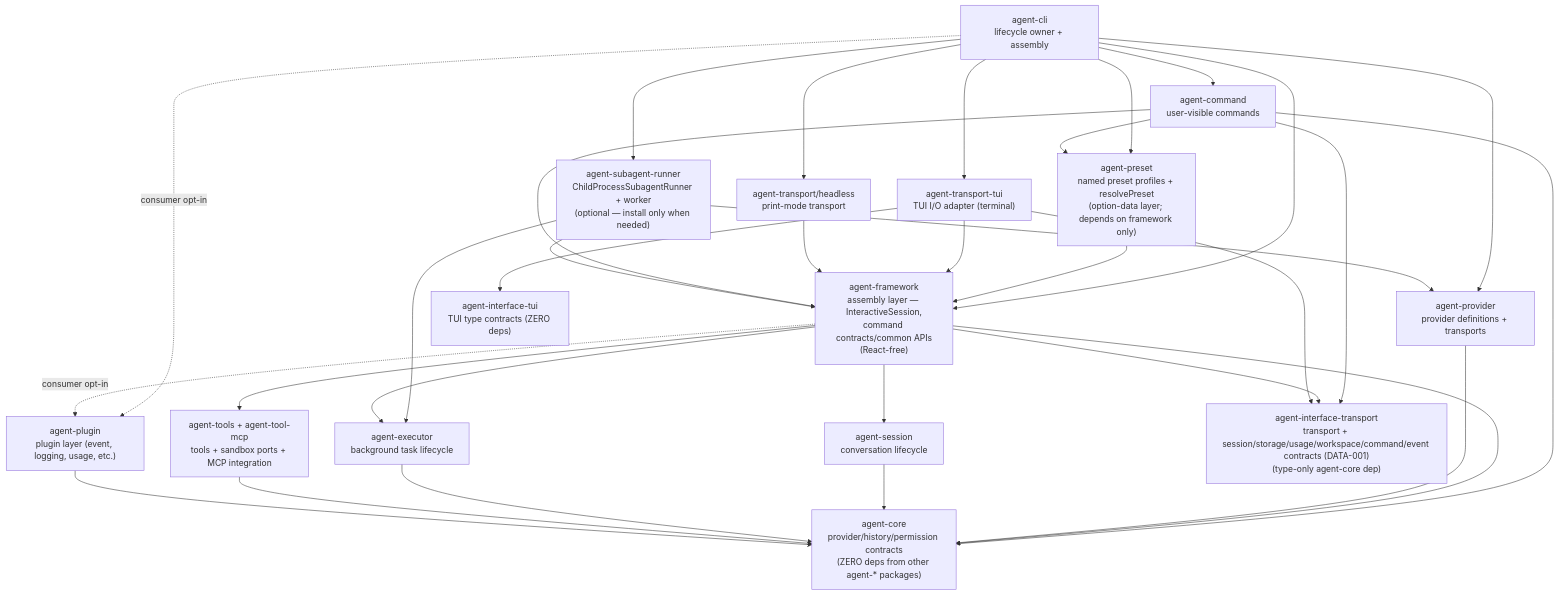
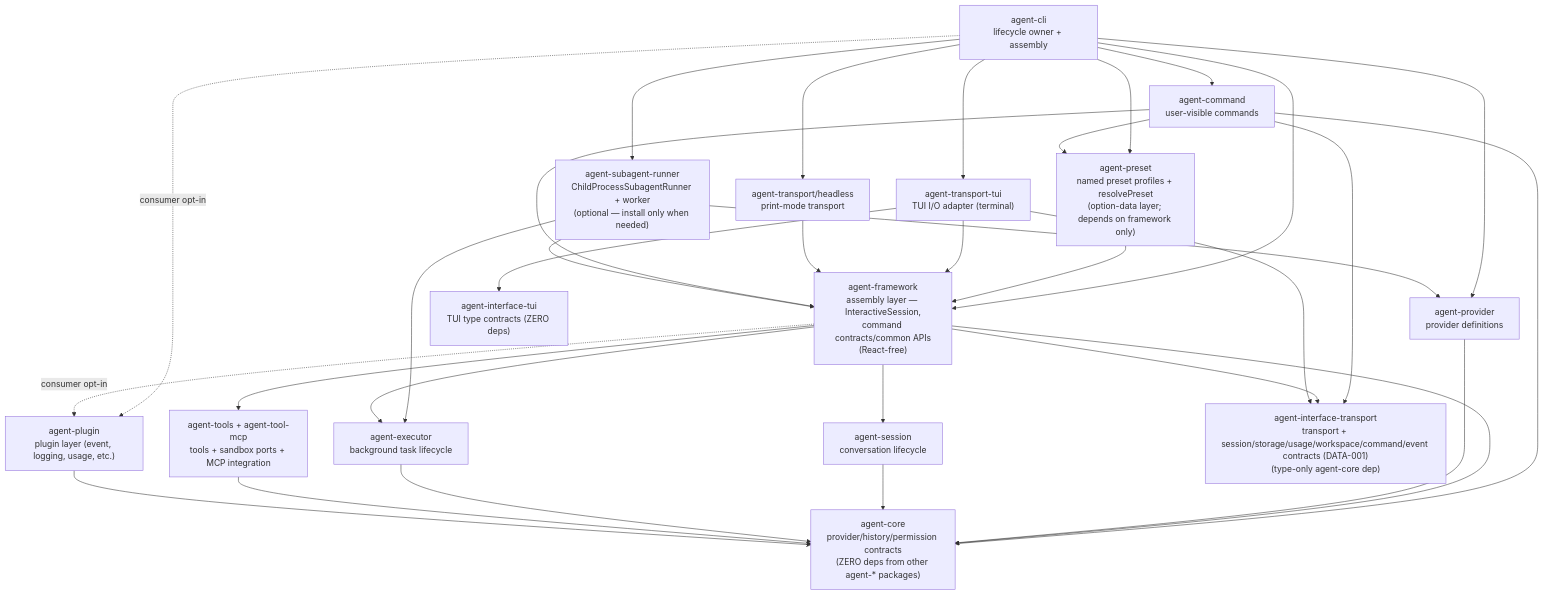
Before and after one commit to woojubb/robota: the first of 2 diagrams in .agents/specs/architecture-map/agent-system.md, drawn with Mermaid. The commit also changed other lines of this file and 22 other files, not shown here.

````diff
--- a/.agents/specs/architecture-map/agent-system.md
+++ b/.agents/specs/architecture-map/agent-system.md
@@ -9,50 +9,50 @@
 ```mermaid
 flowchart TD
   AgentCLI["agent-cli\nlifecycle owner + assembly"]
   TuiTransport["agent-transport-tui\nTUI I/O adapter (terminal)"]
   Headless["agent-transport/headless\nprint-mode transport"]
   Commands["agent-command\nuser-visible commands"]
   Framework["agent-framework\nassembly layer — InteractiveSession,\ncommand contracts/common APIs\n(React-free)"]
   Preset["agent-preset\nnamed preset profiles + resolvePreset\n(option-data layer; depends on framework only)"]
   Sessions["agent-session\nconversation lifecycle"]
   Executor["agent-executor\nbackground task lifecycle"]
   Tools["agent-tools + agent-tool-mcp\ntools + sandbox ports + MCP integration"]
   Core["agent-core\nprovider/history/permission contracts\n(ZERO deps from other agent-* packages)"]
-  Providers["agent-provider\nprovider definitions + transports"]
+  Providers["agent-provider\nprovider definitions"]
   SubagentRunner["agent-subagent-runner\nChildProcessSubagentRunner + worker\n(optional — install only when needed)"]
   Plugins["agent-plugin\nplugin layer (event, logging, usage, etc.)"]
   IfaceTransport["agent-interface-transport\ntransport + session/storage/usage/workspace/command/event contracts (DATA-001)\n(type-only agent-core dep)"]
   IfaceTui["agent-interface-tui\nTUI type contracts (ZERO deps)"]
 
   AgentCLI --> TuiTransport
   AgentCLI --> Framework
   AgentCLI --> Commands
   AgentCLI --> Providers
   AgentCLI --> Headless
   AgentCLI --> SubagentRunner
   AgentCLI --> Preset
   Commands --> Preset
   Preset --> Framework
   TuiTransport --> Framework
   AgentCLI -. "consumer opt-in" .-> Plugins
   Headless --> Framework
   Commands --> Framework
   Commands --> Core
   Commands --> IfaceTransport
   SubagentRunner --> Framework
   SubagentRunner --> Executor
   SubagentRunner --> Providers
   Framework --> Sessions
   Framework --> Executor
   Framework --> Tools
   Framework --> Core
   Framework -. "consumer opt-in" .-> Plugins
   Providers --> Core
   Sessions --> Core
   Executor --> Core
   Tools --> Core
   Plugins --> Core
   Framework --> IfaceTransport
   TuiTransport --> IfaceTransport
   TuiTransport --> IfaceTui
 ```
````
